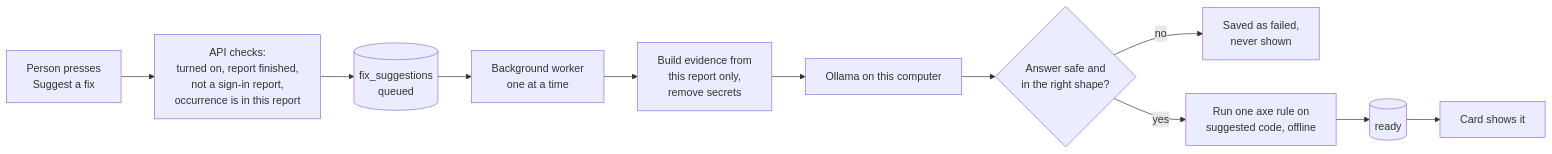
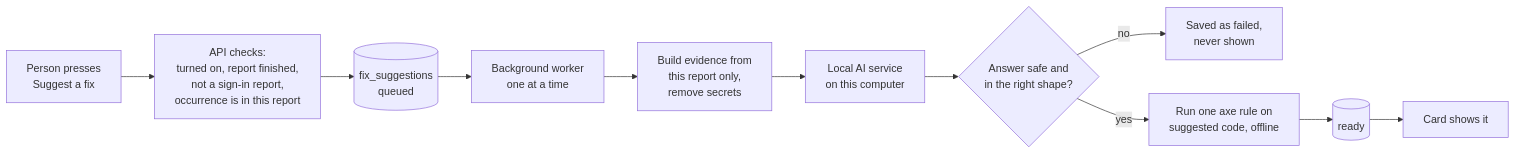
One commit to lsa-mis/axcess changed the diagram in docs/ai-suggestions.md. Above: the diagram before and after it, drawn with Mermaid. The commit also changed other lines of this file and 11 other files, not shown here.

Commit message:
Docs: the desktop app's private AI service is llama.cpp, not Ollama

````diff
--- a/docs/ai-suggestions.md
+++ b/docs/ai-suggestions.md
@@ -65,13 +67,13 @@
 ```mermaid
 flowchart LR
   A[Person presses<br/>Suggest a fix] --> B[API checks:<br/>turned on, report finished,<br/>not a sign-in report,<br/>occurrence is in this report]
   B --> C[(fix_suggestions<br/>queued)]
   C --> D[Background worker<br/>one at a time]
   D --> E[Build evidence from<br/>this report only,<br/>remove secrets]
-  E --> F[Ollama on this computer]
+  E --> F[Local AI service<br/>on this computer]
   F --> G{Answer safe and<br/>in the right shape?}
   G -- no --> H[Saved as failed,<br/>never shown]
   G -- yes --> I[Run one axe rule on<br/>suggested code, offline]
   I --> J[(ready)]
   J --> K[Card shows it]
 ```
````
